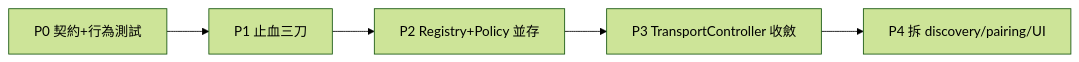
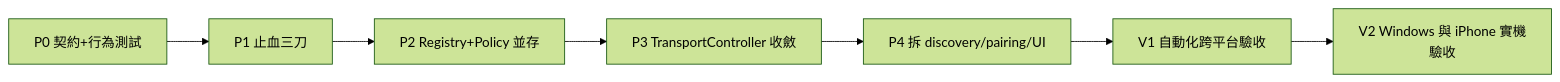
One commit to WeiYuanLee/ArcWayfarer changed the third of 3 diagrams in docs/device-management-architecture.zh-TW.md. Above: the diagram before and after it, drawn with Mermaid (forest theme). The commit also changed other lines of this file and 4 other files, not shown here.

````diff
--- a/docs/device-management-architecture.zh-TW.md
+++ b/docs/device-management-architecture.zh-TW.md
@@ -194,7 +194,9 @@
 ```mermaid
 flowchart LR
     P0[P0 契約+行為測試] --> P1[P1 止血三刀]
     P1 --> P2[P2 Registry+Policy 並存]
     P2 --> P3[P3 TransportController 收斂]
     P3 --> P4[P4 拆 discovery/pairing/UI]
+    P4 --> V1[V1 自動化跨平台驗收]
+    V1 --> V2[V2 Windows 與 iPhone 實機驗收]
 ```
````
